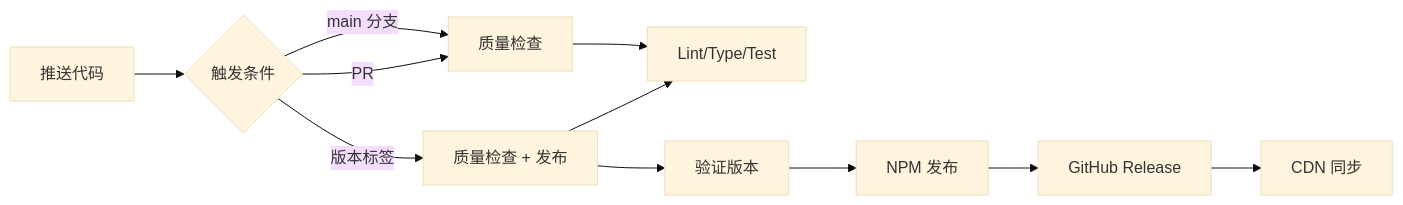
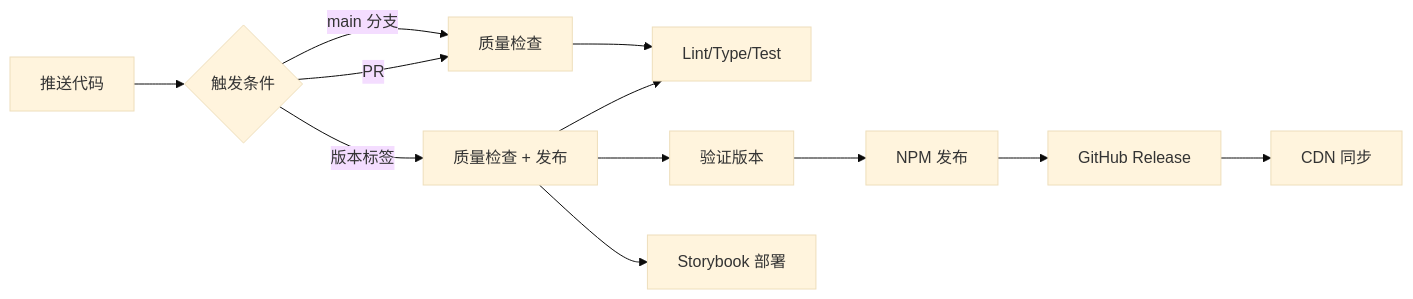
Before and after one commit to yarnovo/yakbox: the diagram in DEPLOYMENT.md, drawn with Mermaid (base theme). The commit also changed other lines of this file and 8 other files, not shown here.

````diff
--- a/DEPLOYMENT.md
+++ b/DEPLOYMENT.md
@@ -21,13 +21,14 @@
 ```mermaid
 graph LR
     A[推送代码] --> B{触发条件}
     B -->|main 分支| C[质量检查]
     B -->|PR| C
     B -->|版本标签| D[质量检查 + 发布]
     C --> E[Lint/Type/Test]
     D --> E
     D --> F[验证版本]
     F --> G[NPM 发布]
     G --> H[GitHub Release]
     H --> I[CDN 同步]
+    D --> J[Storybook 部署]
 ```
````
